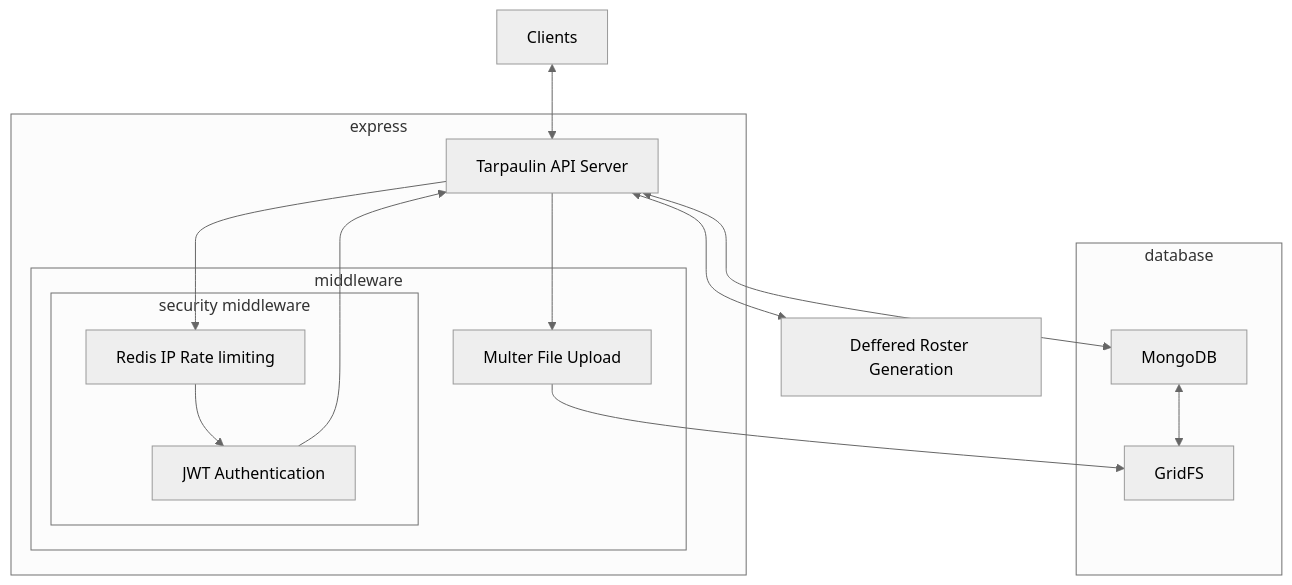
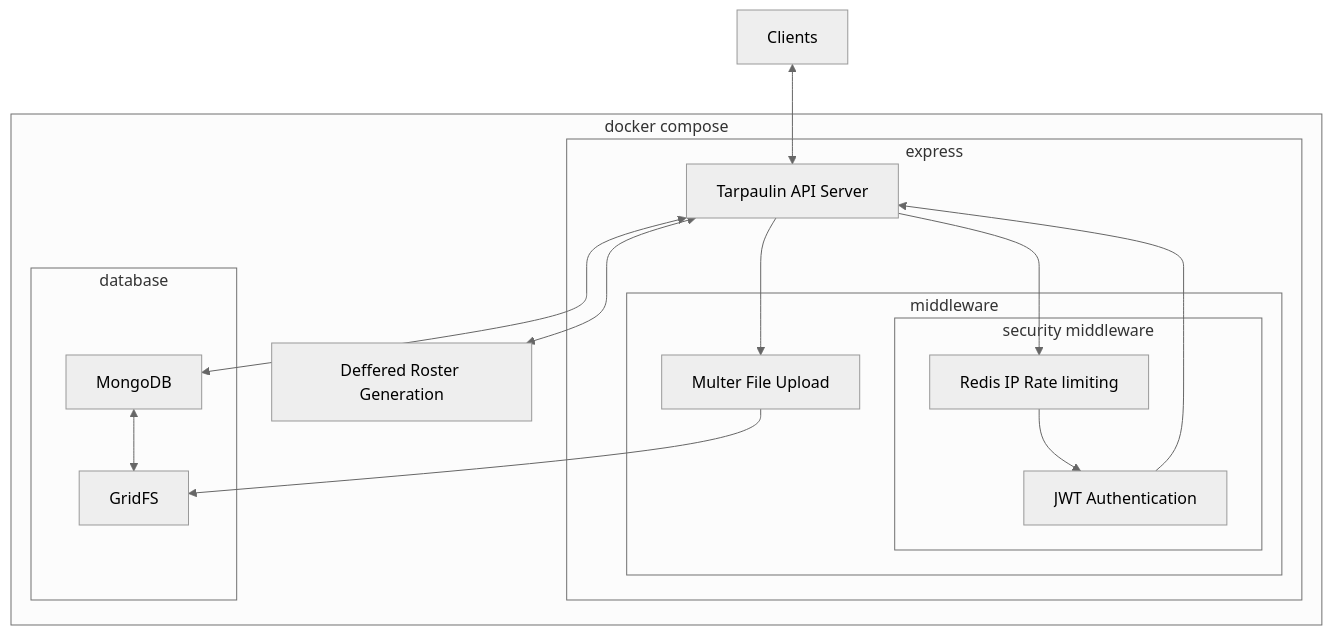
The diagram in api_arch_diagram.md (voermanr/cs493-project-tarpaulin), drawn with Mermaid (neutral theme) before and after one commit. The commit also changed 1 other file, not shown here.

Commit message:
Added in roster generation

````diff
--- a/api_arch_diagram.md
+++ b/api_arch_diagram.md
@@ -1,30 +1,32 @@
 ```mermaid
-graph TD
-        CLIENT[Clients]
-    
-    subgraph express
-        API[Tarpaulin API Server]
-        subgraph middleware
-            subgraph security middleware
-                IP_LIMIT[Redis IP Rate limiting]
-                AUTH[JWT Authentication]
+graph TB
+    CLIENT[Clients]
+    subgraph docker compose
+        subgraph express
+            API[Tarpaulin API Server]
+            subgraph middleware
+                subgraph security middleware
+                    IP_LIMIT[Redis IP Rate limiting]
+                    AUTH[JWT Authentication]
+                end
+                UPLOAD[Multer File Upload]
             end
-            UPLOAD[Multer File Upload]
+        end 
+        subgraph database
+            DB[MongoDB]
+            FILE_DB[GridFS]
         end
+        ROSTER[Deffered Roster Generation]
     end
-    subgraph database
-        DB[MongoDB]
-        FILE_DB[GridFS]
-    end
-    ROSTER[Deffered Roster Generation]
+
     
     CLIENT <--> API
     API --> IP_LIMIT
     IP_LIMIT --> AUTH
     AUTH --> API
     API <--> DB
     DB <--> FILE_DB
     API --> UPLOAD
     UPLOAD --> FILE_DB
     API <--> ROSTER
 ```
````
